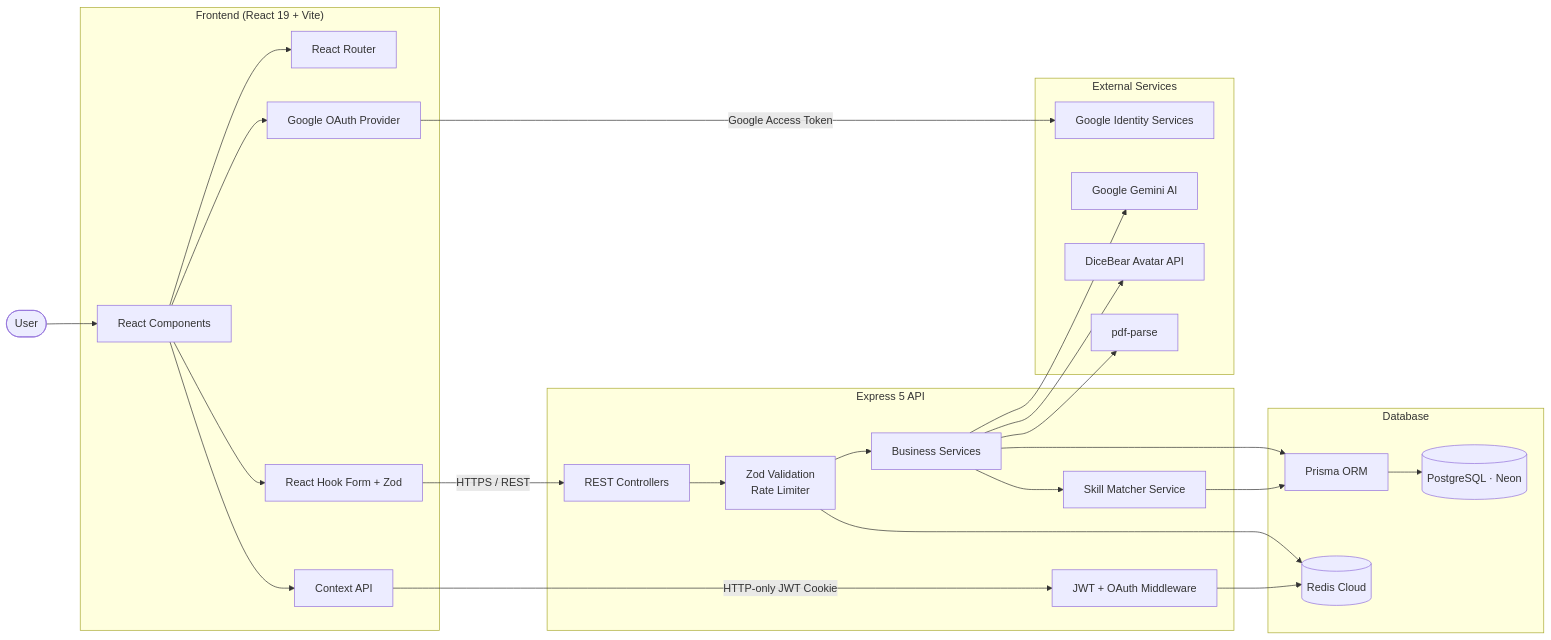
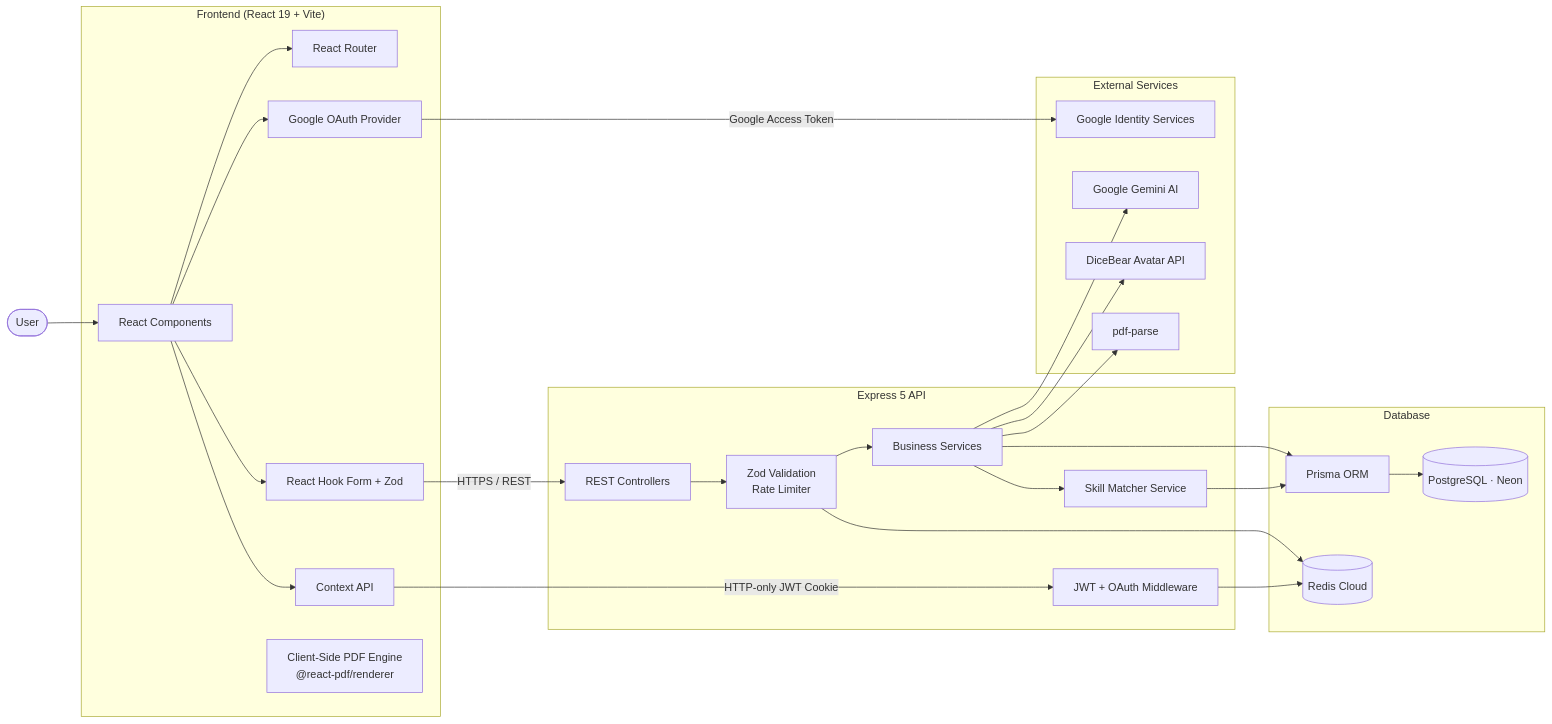
One commit to SahilSameer18/skillbridgeAI changed the diagram in README.md. Above: the diagram before and after it, drawn with Mermaid. The commit also changed other lines of this file and 4 other files, not shown here.

Commit message:
fix: prevent report fetch crash, sync 4MB resume limit, and fix login schema

````diff
--- a/README.md
+++ b/README.md
@@ -56,59 +56,60 @@
 ```mermaid
 flowchart LR
 
     User([User])
 
     subgraph Frontend["Frontend (React 19 + Vite)"]
         UI[React Components]
         Router[React Router]
         Context[Context API]
         OAuth[Google OAuth Provider]
         Forms[React Hook Form + Zod]
+        PDF[Client-Side PDF Engine<br/>@react-pdf/renderer]
     end
 
     subgraph Backend["Express 5 API"]
         API[REST Controllers]
         Auth[JWT + OAuth Middleware]
         Middleware[Zod Validation<br/>Rate Limiter]
         Services[Business Services]
         Matcher[Skill Matcher Service]
     end
 
     subgraph Database["Database"]
         Prisma[Prisma ORM]
         DB[(PostgreSQL · Neon)]
         RedisCache[(Redis Cloud)]
     end
 
     subgraph External["External Services"]
         GoogleOAuth[Google Identity Services]
         Gemini[Google Gemini AI]
         DiceBear[DiceBear Avatar API]
         Parser[pdf-parse]
     end
 
     User --> UI
     UI --> Router
     UI --> Context
     UI --> OAuth
     UI --> Forms
 
     OAuth -->|Google Access Token| GoogleOAuth
     Forms -->|HTTPS / REST| API
     Context -->|HTTP-only JWT Cookie| Auth
 
     API --> Middleware
     Middleware --> Services
     
     Auth --> RedisCache
     Middleware --> RedisCache
 
     Services --> Gemini
     Services --> Parser
     Services --> Matcher
     Services --> DiceBear
 
     Matcher --> Prisma
     Services --> Prisma
     Prisma --> DB
 ```
````
